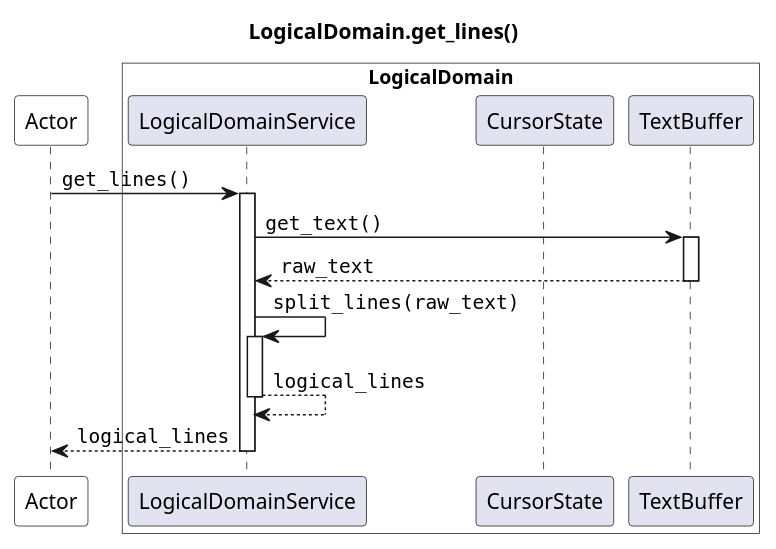
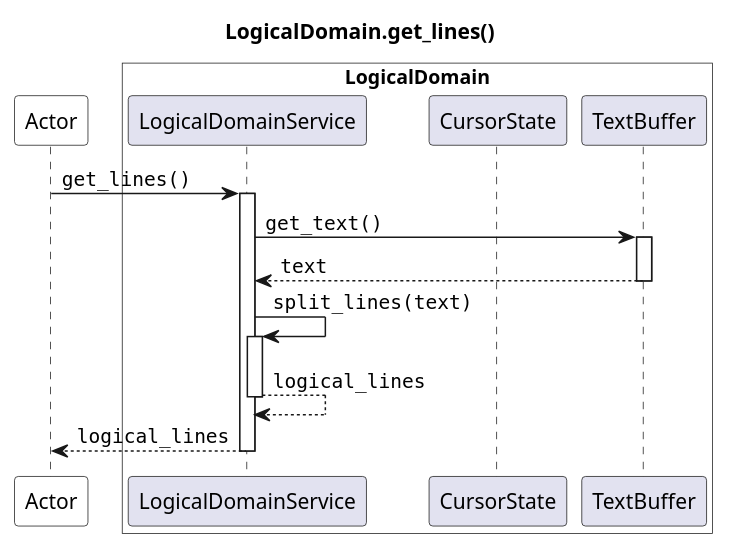
Before and after one commit to JoeRittiner/TextEngine: the diagram in docs/source/specs/architecture/diagrams/sequence/seq_get_lines_logical.puml, drawn with PlantUML. The commit also changed 11 other files, not shown here.

Commit message:
doc: Cleanup diagrams and consistency

```diff
--- a/docs/source/specs/architecture/diagrams/sequence/seq_get_lines_logical.puml
+++ b/docs/source/specs/architecture/diagrams/sequence/seq_get_lines_logical.puml
@@ -1,22 +1,22 @@
 @startuml
 
 title LogicalDomain.get_lines()
 
 participant Actor as app #white
 box "LogicalDomain" #white
     participant LogicalDomainService as LS
     participant CursorState as CS
     participant TextBuffer as TB
 end box
 
 app -> LS : ""get_lines()""
 activate LS
     LS -> TB : ""get_text()""
     activate TB
-        return ""raw_text""
-    LS -> LS : ""split_lines(raw_text)""
+        return ""text""
+    LS -> LS : ""split_lines(text)""
     activate LS
         return ""logical_lines""
     return ""logical_lines""
 
 @enduml
```
